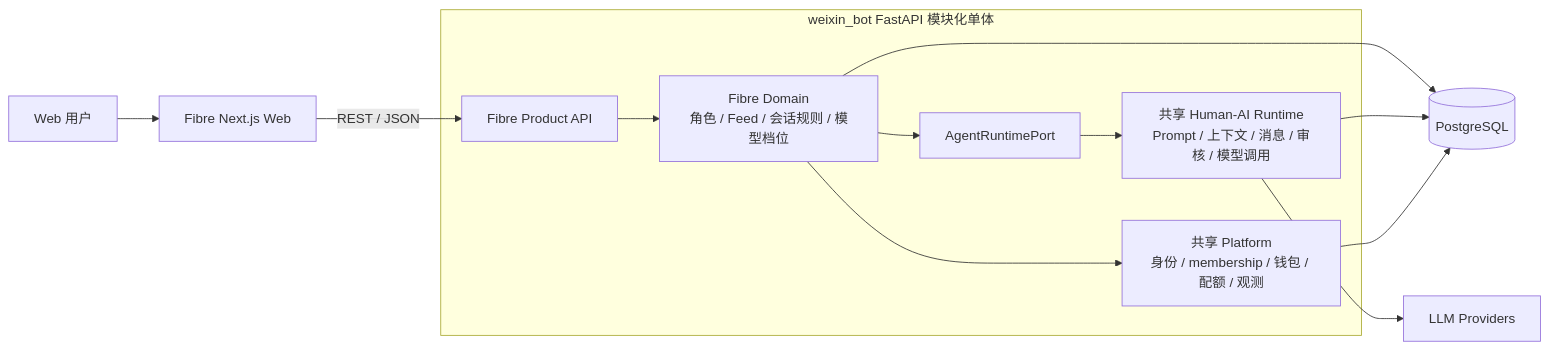
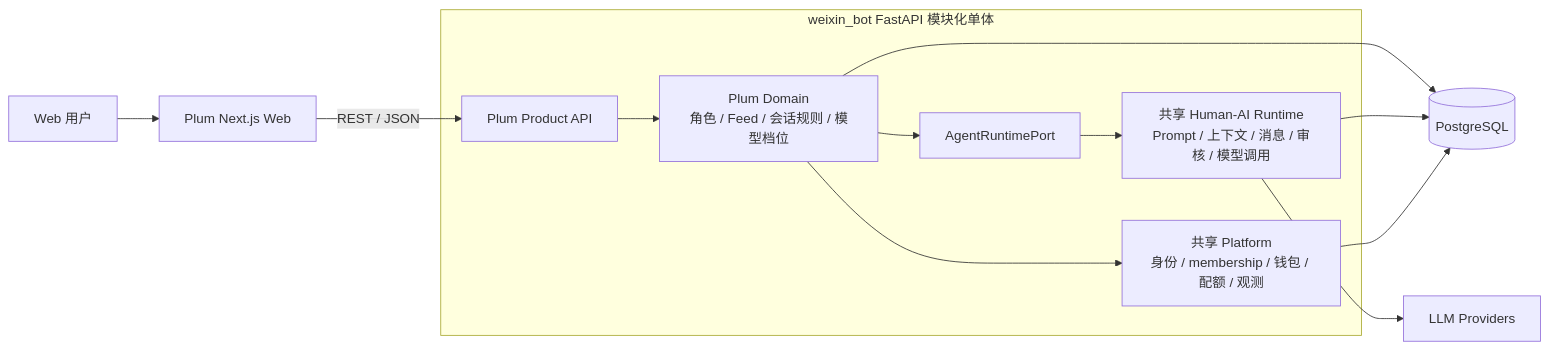
One commit to melinazhang0615-eng/plum_chat changed the first of 3 diagrams in docs/TECH-01-architecture.md. Above: the diagram before and after it, drawn with Mermaid. The commit also changed other lines of this file and 18 other files, not shown here.

````diff
--- a/docs/TECH-01-architecture.md
+++ b/docs/TECH-01-architecture.md
@@ -42,17 +43,17 @@
 ```mermaid
 flowchart LR
-    U["Web 用户"] --> FE["Fibre Next.js Web"]
-    FE -->|"REST / JSON"| FAPI["Fibre Product API"]
+    U["Web 用户"] --> FE["Plum Next.js Web"]
+    FE -->|"REST / JSON"| FAPI["Plum Product API"]
 
     subgraph MONO["weixin_bot FastAPI 模块化单体"]
-        FAPI --> FD["Fibre Domain\n角色 / Feed / 会话规则 / 模型档位"]
+        FAPI --> FD["Plum Domain\n角色 / Feed / 会话规则 / 模型档位"]
         FD --> ARP["AgentRuntimePort"]
         ARP --> AR["共享 Human-AI Runtime\nPrompt / 上下文 / 消息 / 审核 / 模型调用"]
         FD --> PF["共享 Platform\n身份 / membership / 钱包 / 配额 / 观测"]
     end
 
     FD --> PG[("PostgreSQL")]
     AR --> PG
     PF --> PG
     AR --> LLM["LLM Providers"]
 ```
````
